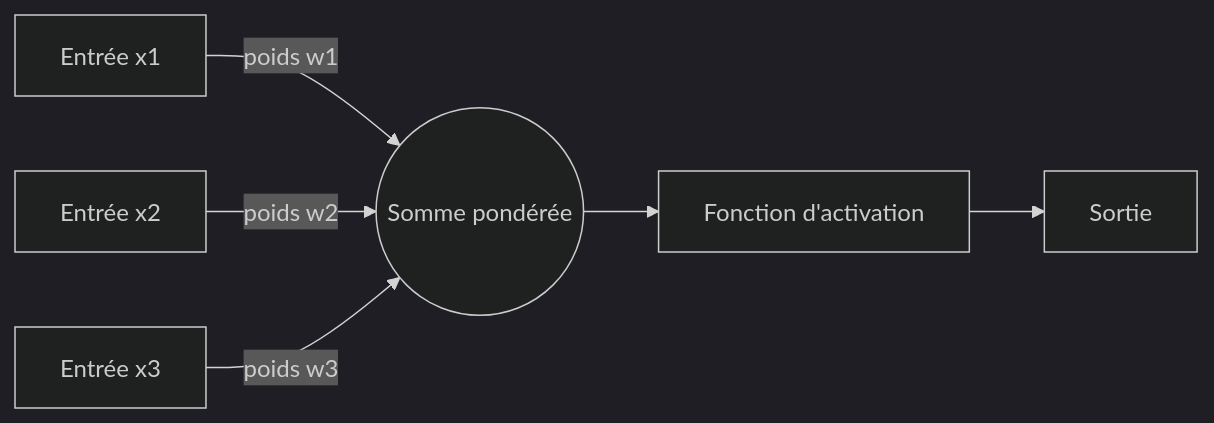
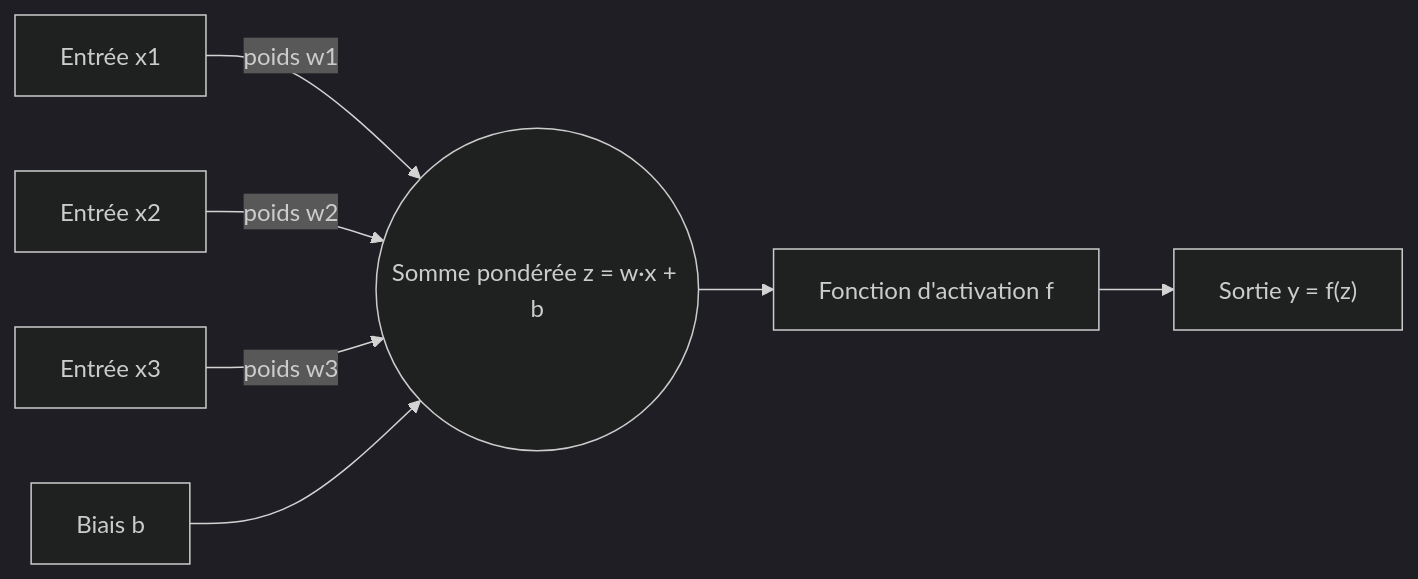
The first of 2 diagrams in content/courses/deep-learning/01-perceptron-descente-gradient.md (AureDulvresse/nyx), drawn with Mermaid (dark theme) before and after one commit. The commit also changed other lines of this file and 167 other files, not shown here.

````diff
--- a/content/courses/deep-learning/01-perceptron-descente-gradient.md
+++ b/content/courses/deep-learning/01-perceptron-descente-gradient.md
@@ -25,8 +49,9 @@
 ```mermaid
 graph LR
-    X1[Entrée x1] -->|poids w1| S((Somme pondérée))
-    X2[Entrée x2] -->|poids w2| S
-    X3[Entrée x3] -->|poids w3| S
-    S --> F[Fonction d'activation]
-    F --> Y[Sortie]
+    X1["Entrée x1"] -->|"poids w1"| S(("Somme pondérée z = w·x + b"))
+    X2["Entrée x2"] -->|"poids w2"| S
+    X3["Entrée x3"] -->|"poids w3"| S
+    B["Biais b"] --> S
+    S --> F["Fonction d'activation f"]
+    F --> Y["Sortie y = f(z)"]
 ```
````
